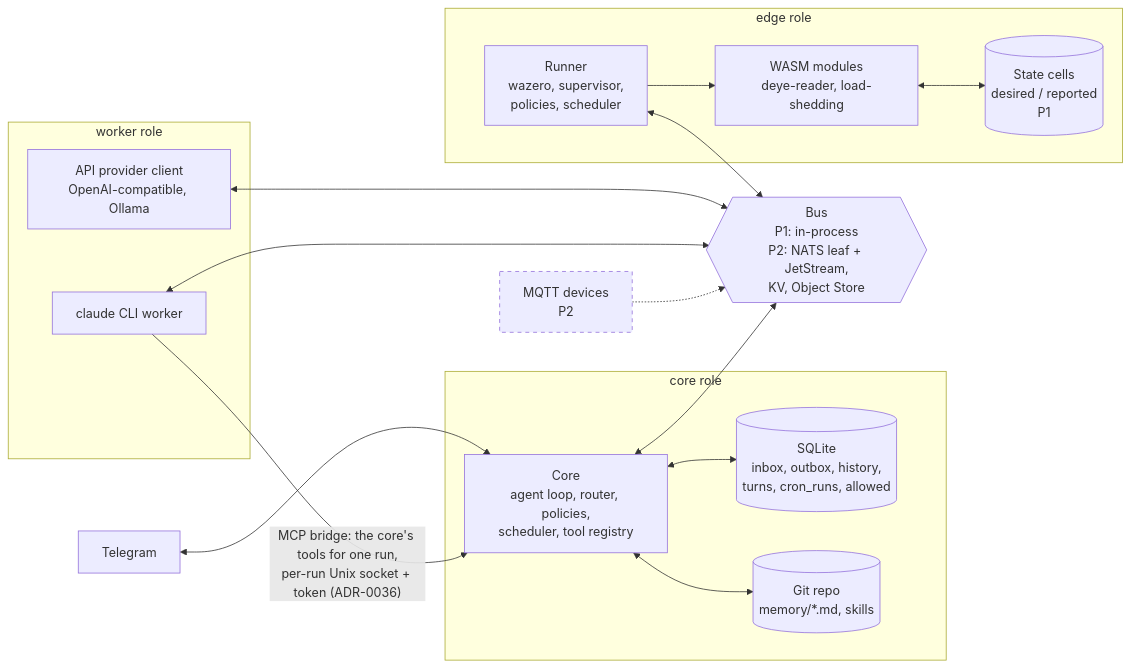
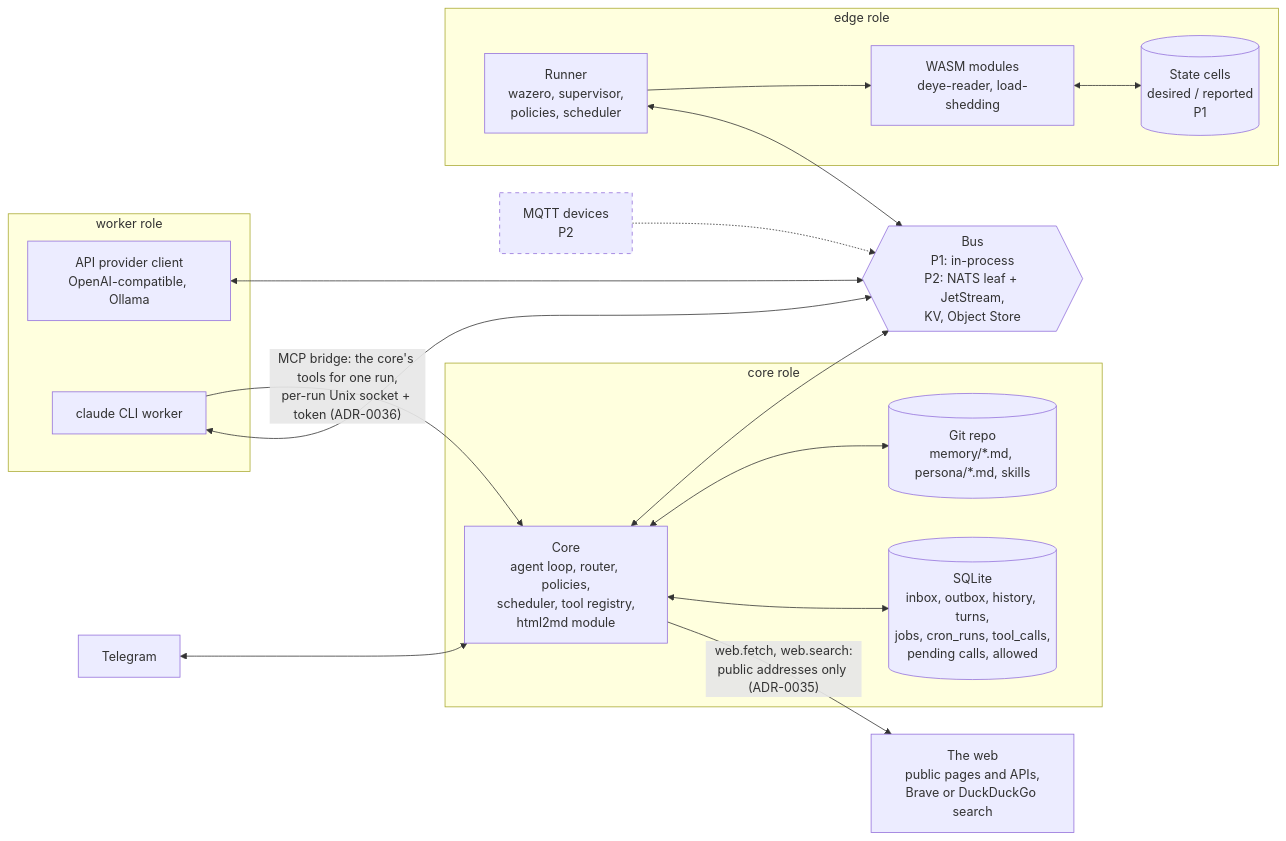
One commit to igorrius/ganglion changed the first of 3 diagrams in docs/architecture/02-containers.md. Above: the diagram before and after it, drawn with Mermaid. The commit also changed other lines of this file and 3 other files, not shown here.

````diff
--- a/docs/architecture/02-containers.md
+++ b/docs/architecture/02-containers.md
@@ -9,39 +9,41 @@
 ```mermaid
 flowchart LR
     tg["Telegram"]
+    web["The web<br/>public pages and APIs,<br/>Brave or DuckDuckGo search"]
     mqttdev["MQTT devices<br/>P2"]
 
     subgraph corerole["core role"]
-        corep["Core<br/>agent loop, router, policies,<br/>scheduler, tool registry"]
-        sqlite[("SQLite<br/>inbox, outbox, history,<br/>turns, cron_runs, allowed")]
-        memrepo[("Git repo<br/>memory/*.md, skills")]
+        corep["Core<br/>agent loop, router, policies,<br/>scheduler, tool registry,<br/>html2md module"]
+        sqlite[("SQLite<br/>inbox, outbox, history, turns,<br/>jobs, cron_runs, tool_calls,<br/>pending calls, allowed")]
+        memrepo[("Git repo<br/>memory/*.md, persona/*.md, skills")]
     end
 
     subgraph edgerole["edge role"]
         runner["Runner<br/>wazero, supervisor,<br/>policies, scheduler"]
         mods["WASM modules<br/>deye-reader, load-shedding"]
         cells[("State cells<br/>desired / reported<br/>P1")]
     end
 
     subgraph workerrole["worker role"]
         api["API provider client<br/>OpenAI-compatible, Ollama"]
         cli["claude CLI worker"]
     end
 
     bus{{"Bus<br/>P1: in-process<br/>P2: NATS leaf + JetStream,<br/>KV, Object Store"}}
 
     tg <--> corep
+    corep -- "web.fetch, web.search:<br/>public addresses only (ADR-0035)" --> web
     corep <--> sqlite
     corep <--> memrepo
     corep <--> bus
     runner <--> bus
     runner --> mods
     mods <--> cells
     api <--> bus
     cli <--> bus
     cli -- "MCP bridge: the core's tools for one run,<br/>per-run Unix socket + token (ADR-0036)" --> corep
     mqttdev -.-> bus
 
     classDef planned stroke-dasharray: 5 5
     class mqttdev planned
 ```
````
